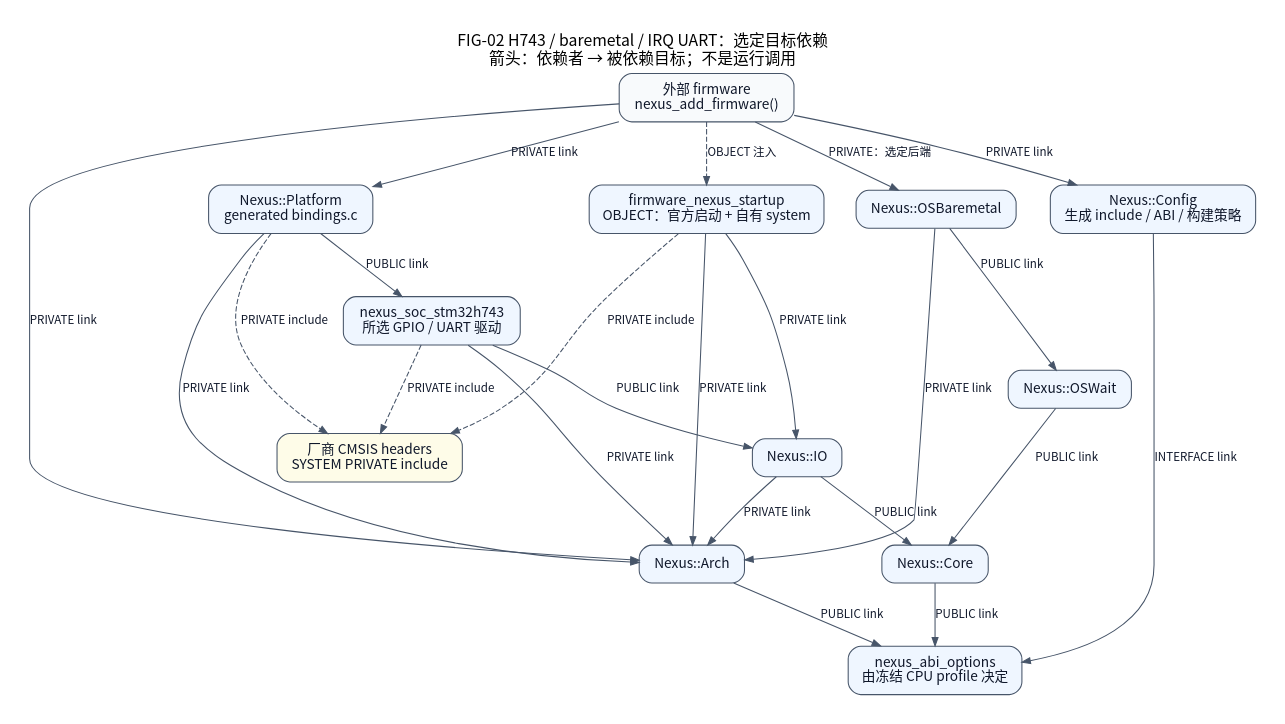
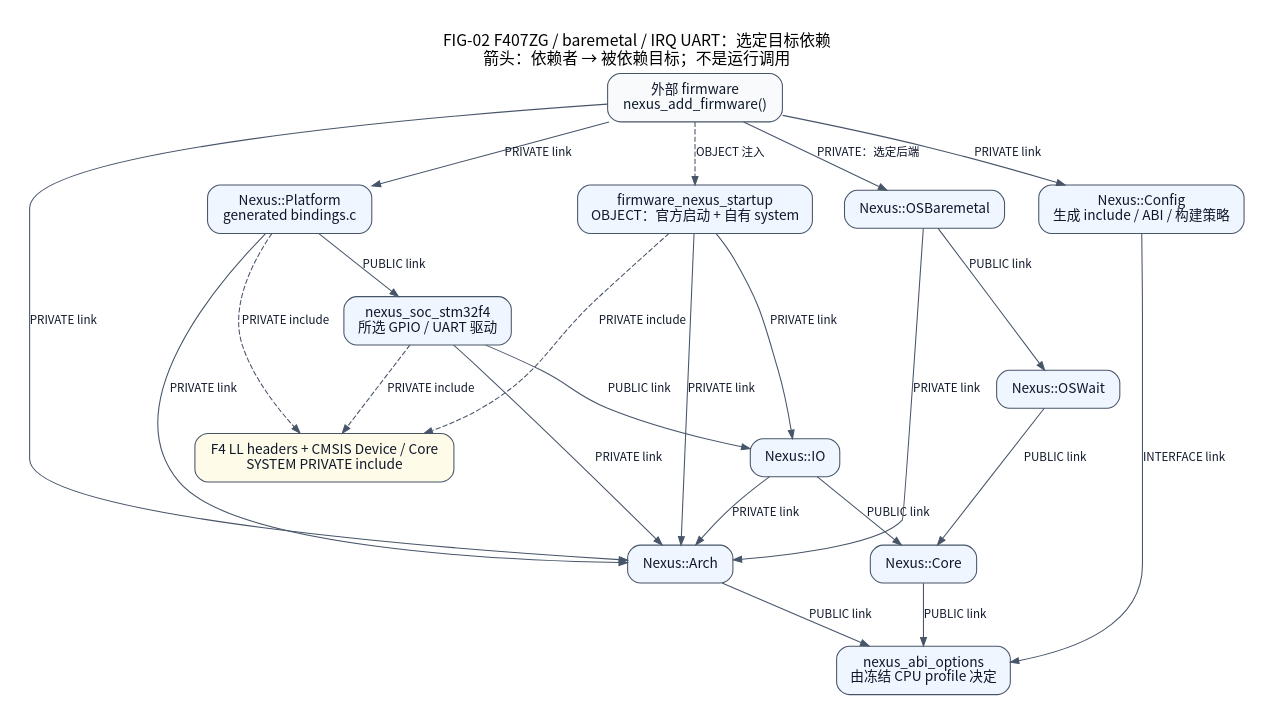
Before and after one commit to X-Gen-Lab/nexus: the diagram in docs/assets/diagrams/build-targets.dot, drawn with Graphviz. The commit also changed 2170 other files, not shown here.

```diff
--- a/docs/assets/diagrams/build-targets.dot
+++ b/docs/assets/diagrams/build-targets.dot
@@ -1,59 +1,59 @@
 // FIG-02 reference: source-backed, scoped engineering view.
 // Code basis: 0111c8d3b9c7b37d258b9c401070305b13b6f3a1.
 // Relations and qualification limits are documented in README.md.
 digraph BuildTargets {
     graph [newrank=true, rankdir=TB, bgcolor="white", pad=0.28, nodesep=0.42,
            ranksep=0.66, fontname="Noto Sans CJK SC", fontsize=15,
            labelloc=t];
     node [shape=box, style="rounded,filled", fillcolor="#eff6ff",
           color="#475569", fontcolor="#0f172a", fontname="Noto Sans CJK SC",
           fontsize=13, margin="0.18,0.12"];
     edge [color="#475569", fontcolor="#0f172a",
           fontname="Noto Sans CJK SC", fontsize=11, arrowsize=0.8];
 
-    graph [label="FIG-02 H743 / baremetal / IRQ UART：选定目标依赖
+    graph [label="FIG-02 F407ZG / baremetal / IRQ UART：选定目标依赖
 箭头：依赖者 → 被依赖目标；不是运行调用"];
     firmware [label="外部 firmware
 nexus_add_firmware()", fillcolor="#f8fafc"];
     startup [label="firmware_nexus_startup
 OBJECT：官方启动 + 自有 system"];
     platform [label="Nexus::Platform
 generated bindings.c"];
-    soc [label="nexus_soc_stm32h743
+    soc [label="nexus_soc_stm32f4
 所选 GPIO / UART 驱动"];
     io [label="Nexus::IO"];
     arch [label="Nexus::Arch"];
     core [label="Nexus::Core"];
     bare [label="Nexus::OSBaremetal"];
     wait [label="Nexus::OSWait"];
     abi [label="nexus_abi_options
 由冻结 CPU profile 决定"];
     config [label="Nexus::Config
 生成 include / ABI / 构建策略"];
-    sdk [label="厂商 CMSIS headers
+    sdk [label="F4 LL headers + CMSIS Device / Core
 SYSTEM PRIVATE include", fillcolor="#fefce8"];
     firmware -> platform [label="PRIVATE link"];
     firmware -> arch [label="PRIVATE link"];
     firmware -> bare [label="PRIVATE：选定后端"];
     firmware -> config [label="PRIVATE link"];
     firmware -> startup [label="OBJECT 注入", style=dashed];
     platform -> soc [label="PUBLIC link"];
     platform -> arch [label="PRIVATE link"];
     platform -> sdk [label="PRIVATE include", style=dashed];
     soc -> io [label="PUBLIC link"];
     soc -> arch [label="PRIVATE link"];
     soc -> sdk [label="PRIVATE include", style=dashed];
     startup -> sdk [label="PRIVATE include", style=dashed];
     startup -> io [label="PRIVATE link"];
     startup -> arch [label="PRIVATE link"];
     io -> core [label="PUBLIC link"];
     io -> arch [label="PRIVATE link"];
     bare -> wait [label="PUBLIC link"];
     bare -> arch [label="PRIVATE link"];
     wait -> core [label="PUBLIC link"];
     core -> abi [label="PUBLIC link"];
     arch -> abi [label="PUBLIC link"];
     config -> abi [label="INTERFACE link"];
     { rank=same; platform; bare; startup; config; }
     { rank=same; core; arch; }
 }
```
